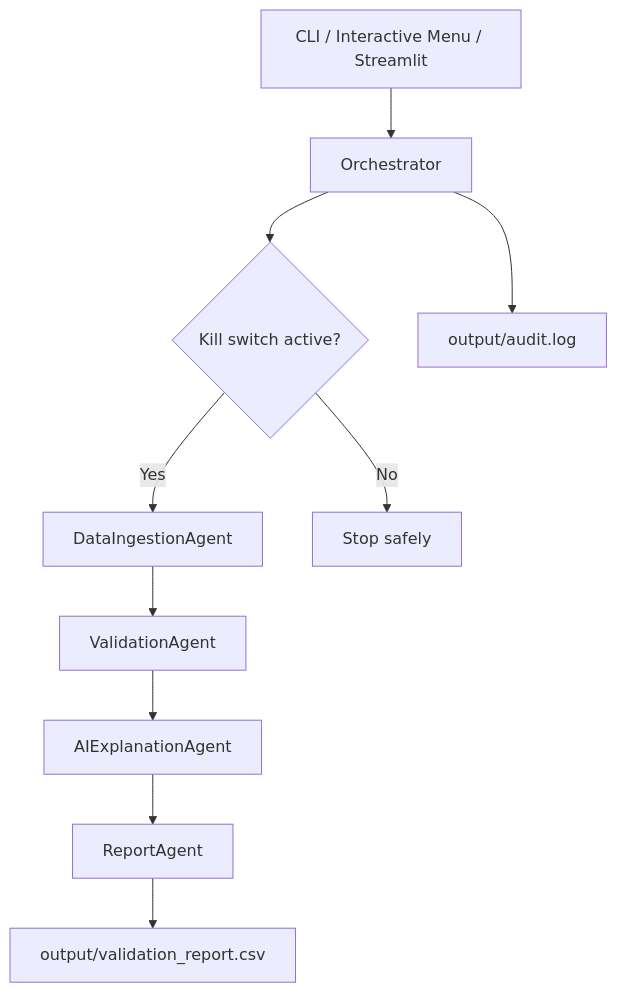
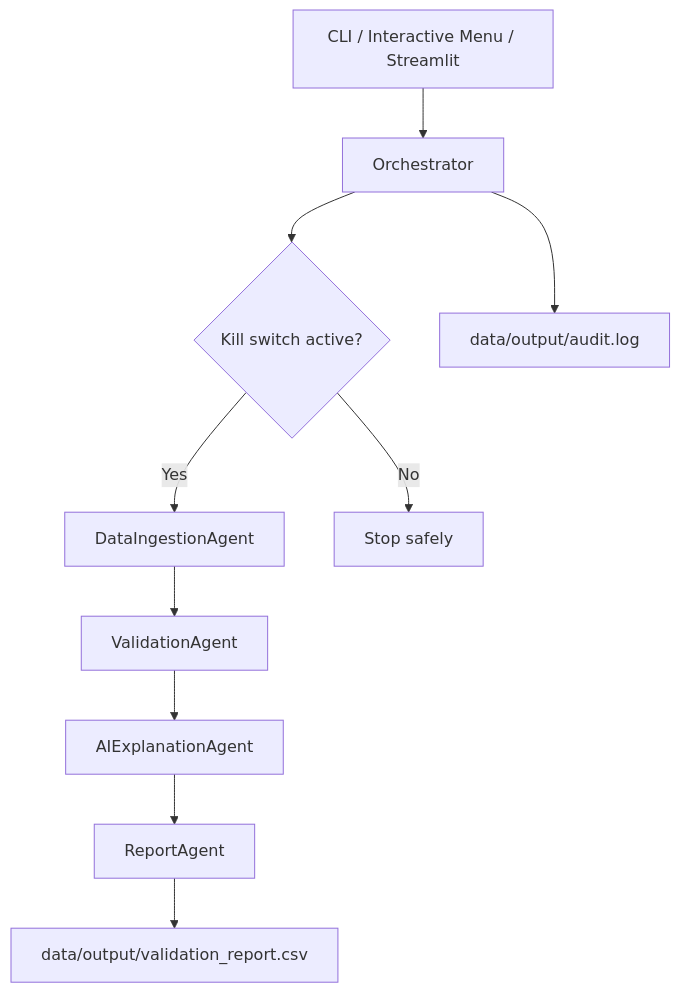
Before and after one commit to AI-Transformation-Technical-TestPack/TP-EvaluationProject-AITransformation: the first of 2 diagrams in docs/architecture.md, drawn with Mermaid. The commit also changed other lines of this file and 10 other files, not shown here.

````diff
--- a/docs/architecture.md
+++ b/docs/architecture.md
@@ -46,12 +46,12 @@
 ```mermaid
 flowchart TD
     CLI[CLI / Interactive Menu / Streamlit] --> ORCH[Orchestrator]
     ORCH --> KILL{Kill switch active?}
     KILL -->|Yes| ING[DataIngestionAgent]
     KILL -->|No| HALT[Stop safely]
     ING --> VAL[ValidationAgent]
     VAL --> AI[AIExplanationAgent]
     AI --> REP[ReportAgent]
-    REP --> OUT[output/validation_report.csv]
-    ORCH --> AUDIT[output/audit.log]
+    REP --> OUT[data/output/validation_report.csv]
+    ORCH --> AUDIT[data/output/audit.log]
 ```
````
